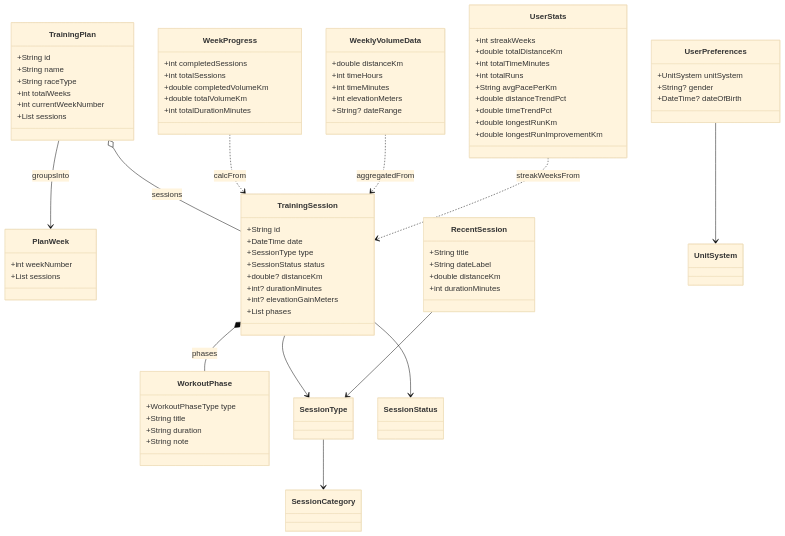
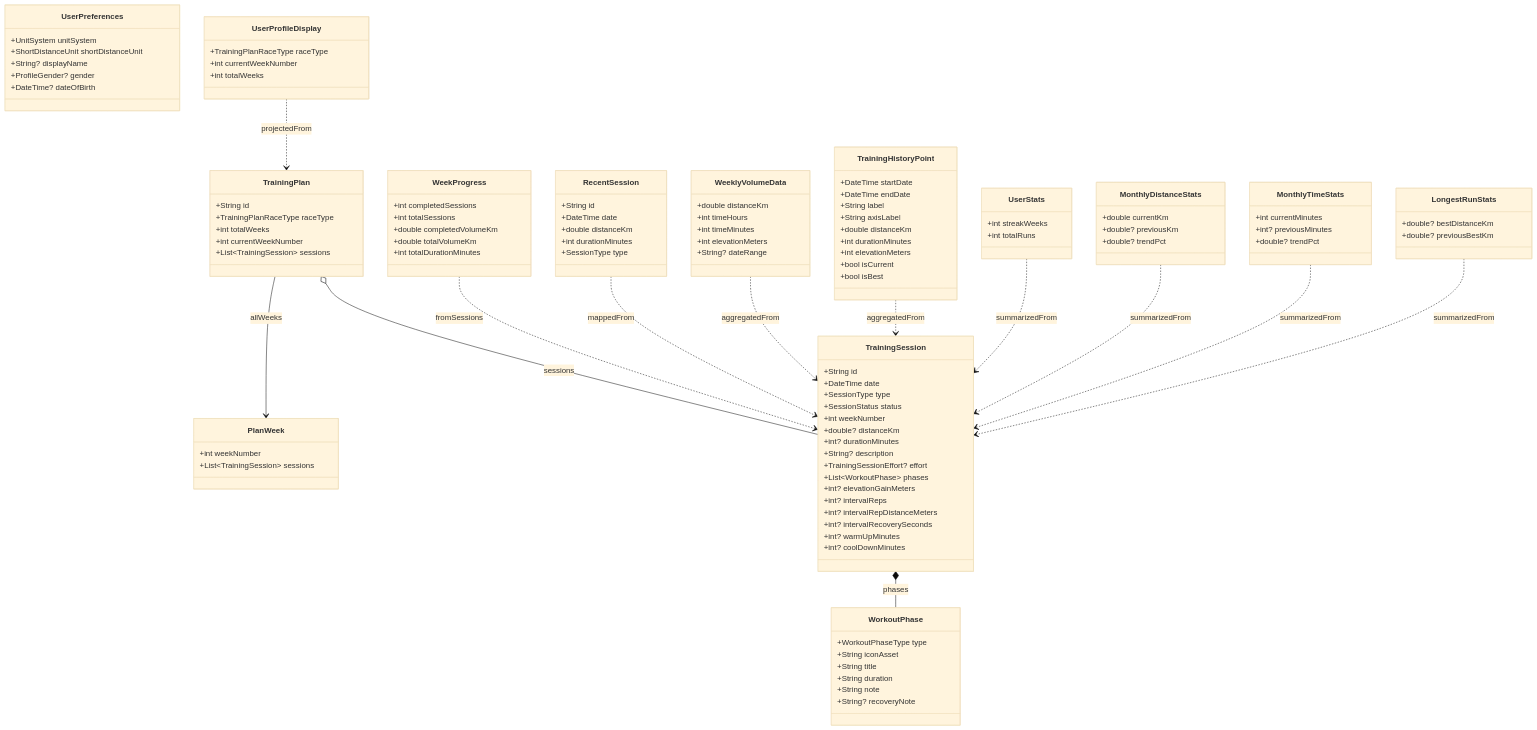
Before and after one commit to DavidGD616/Running-app: the diagram in docs/data-models.md, drawn with Mermaid (base theme). The commit also changed other lines of this file, not shown here.

````diff
--- a/docs/data-models.md
+++ b/docs/data-models.md
@@ -2,35 +32,41 @@
 classDiagram
 class TrainingPlan {
   +String id
-  +String name
-  +String raceType
+  +TrainingPlanRaceType raceType
   +int totalWeeks
   +int currentWeekNumber
-  +List<TrainingSession> sessions
+  +List~TrainingSession~ sessions
 }
 class PlanWeek {
   +int weekNumber
-  +List<TrainingSession> sessions
+  +List~TrainingSession~ sessions
 }
 class TrainingSession {
   +String id
   +DateTime date
   +SessionType type
   +SessionStatus status
+  +int weekNumber
   +double? distanceKm
   +int? durationMinutes
+  +String? description
+  +TrainingSessionEffort? effort
+  +List~WorkoutPhase~ phases
   +int? elevationGainMeters
-  +List<WorkoutPhase> phases
+  +int? intervalReps
+  +int? intervalRepDistanceMeters
+  +int? intervalRecoverySeconds
+  +int? warmUpMinutes
+  +int? coolDownMinutes
 }
 class WorkoutPhase {
   +WorkoutPhaseType type
+  +String iconAsset
   +String title
   +String duration
   +String note
+  +String? recoveryNote
 }
-class SessionType
-class SessionCategory
-class SessionStatus
 class WeekProgress {
   +int completedSessions
   +int totalSessions
@@ -39,10 +75,11 @@
   +int totalDurationMinutes
 }
 class RecentSession {
-  +String title
-  +String dateLabel
+  +String id
+  +DateTime date
   +double distanceKm
   +int durationMinutes
+  +SessionType type
 }
 class WeeklyVolumeData {
   +double distanceKm
@@ -51,34 +88,58 @@
   +int elevationMeters
   +String? dateRange
 }
+class TrainingHistoryPoint {
+  +DateTime startDate
+  +DateTime endDate
+  +String label
+  +String axisLabel
+  +double distanceKm
+  +int durationMinutes
+  +int elevationMeters
+  +bool isCurrent
+  +bool isBest
+}
 class UserStats {
   +int streakWeeks
-  +double totalDistanceKm
-  +int totalTimeMinutes
   +int totalRuns
-  +String avgPacePerKm
-  +double distanceTrendPct
-  +double timeTrendPct
-  +double longestRunKm
-  +double longestRunImprovementKm
+}
+class MonthlyDistanceStats {
+  +double currentKm
+  +double? previousKm
+  +double? trendPct
+}
+class MonthlyTimeStats {
+  +int currentMinutes
+  +int? previousMinutes
+  +double? trendPct
+}
+class LongestRunStats {
+  +double? bestDistanceKm
+  +double? previousBestKm
 }
 class UserPreferences {
   +UnitSystem unitSystem
-  +String? gender
+  +ShortDistanceUnit shortDistanceUnit
+  +String? displayName
+  +ProfileGender? gender
   +DateTime? dateOfBirth
 }
-class UnitSystem
+class UserProfileDisplay {
+  +TrainingPlanRaceType raceType
+  +int currentWeekNumber
+  +int totalWeeks
+}
 
 TrainingPlan o-- TrainingSession : sessions
-TrainingPlan --> PlanWeek : groupsInto
+TrainingPlan --> PlanWeek : allWeeks
 TrainingSession *-- WorkoutPhase : phases
-TrainingSession --> SessionType
-SessionType --> SessionCategory
-TrainingSession --> SessionStatus
-WeekProgress ..> TrainingSession : calcFrom
-RecentSession --> SessionType
-UserPreferences --> UnitSystem
+WeekProgress ..> TrainingSession : fromSessions
+RecentSession ..> TrainingSession : mappedFrom
 WeeklyVolumeData ..> TrainingSession : aggregatedFrom
-UserStats ..> TrainingSession : streakWeeksFrom
-
+TrainingHistoryPoint ..> TrainingSession : aggregatedFrom
+UserStats ..> TrainingSession : summarizedFrom
+MonthlyDistanceStats ..> TrainingSession : summarizedFrom
+MonthlyTimeStats ..> TrainingSession : summarizedFrom
+LongestRunStats ..> TrainingSession : summarizedFrom
+UserProfileDisplay ..> TrainingPlan : projectedFrom
 ```
````
